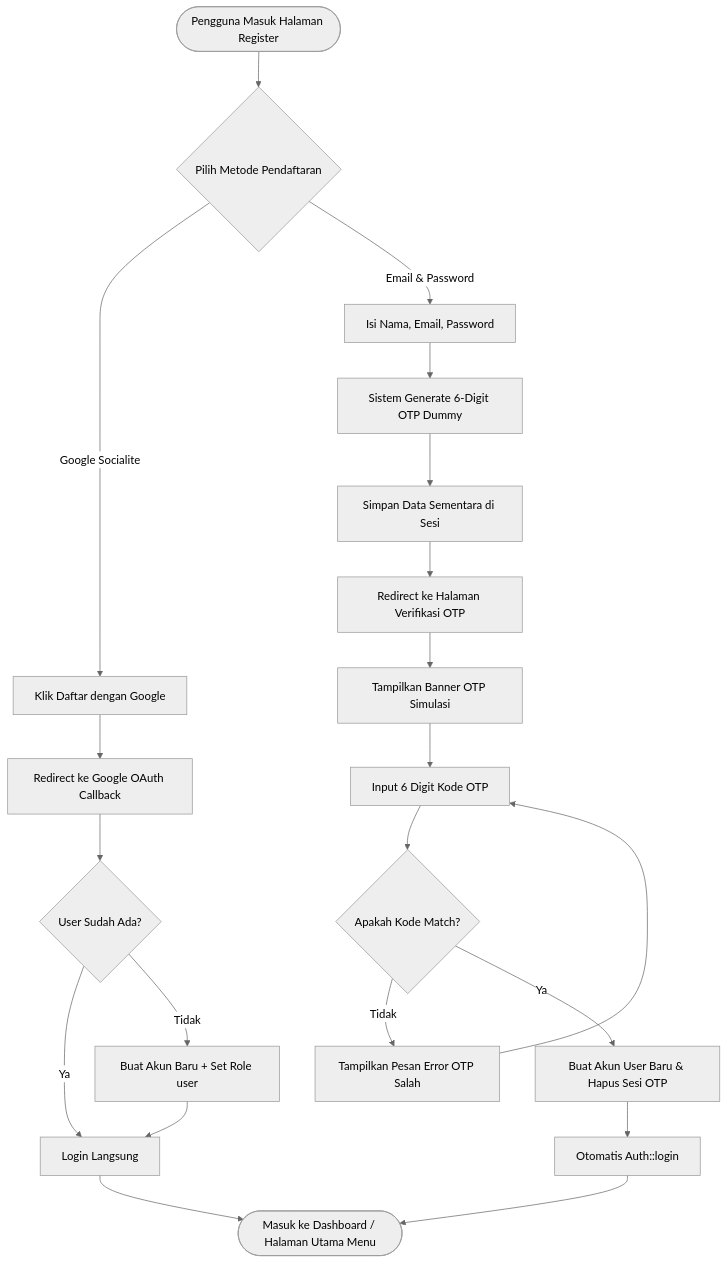
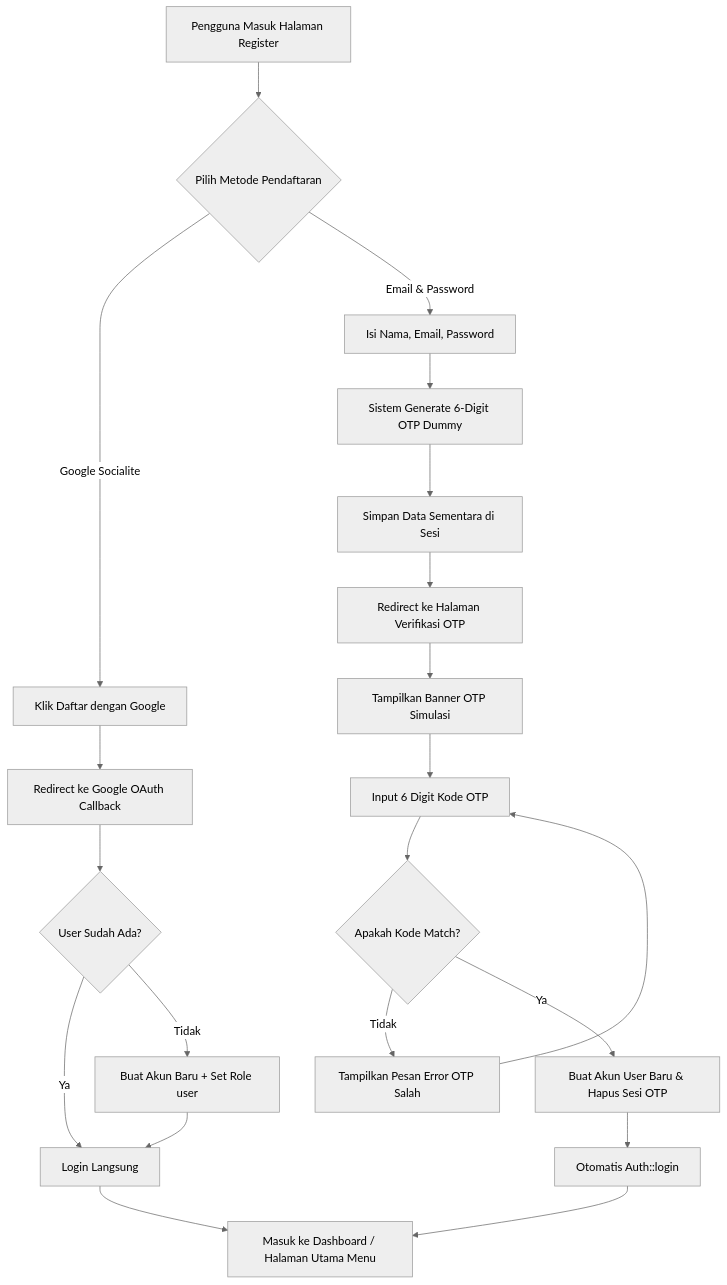
One commit to kampusriset/24f_laravel_sipakar_coffeshop changed the second of 3 diagrams in README.md. Above: the diagram before and after it, drawn with Mermaid (neutral theme). The commit also changed other lines of this file, not shown here.

Commit message:
docs: ubah sintaks diagram Mermaid ke standar graph TD universal

````diff
--- a/README.md
+++ b/README.md
@@ -148,25 +149,25 @@
 ```mermaid
-flowchart TD
-    Start(["Pengguna Masuk Halaman Register"]) --> Choice{"Pilih Metode Pendaftaran"}
-    Choice -- "Google Socialite" --> GAuth["Klik Daftar dengan Google"]
+graph TD
+    Start["Pengguna Masuk Halaman Register"] --> Choice{"Pilih Metode Pendaftaran"}
+    Choice -->|Google Socialite| GAuth["Klik Daftar dengan Google"]
     GAuth --> GCallback["Redirect ke Google OAuth Callback"]
     GCallback --> GCheck{"User Sudah Ada?"}
-    GCheck -- "Ya" --> GLogin["Login Langsung"]
-    GCheck -- "Tidak" --> GCreate["Buat Akun Baru + Set Role user"]
+    GCheck -->|Ya| GLogin["Login Langsung"]
+    GCheck -->|Tidak| GCreate["Buat Akun Baru + Set Role user"]
     GCreate --> GLogin
 
-    Choice -- "Email & Password" --> FormSubmit["Isi Nama, Email, Password"]
+    Choice -->|Email & Password| FormSubmit["Isi Nama, Email, Password"]
     FormSubmit --> GenOTP["Sistem Generate 6-Digit OTP Dummy"]
     GenOTP --> SaveSession["Simpan Data Sementara di Sesi"]
     SaveSession --> OTPPage["Redirect ke Halaman Verifikasi OTP"]
     OTPPage --> Banner["Tampilkan Banner OTP Simulasi"]
     Banner --> InputOTP["Input 6 Digit Kode OTP"]
     InputOTP --> Verify{"Apakah Kode Match?"}
-    Verify -- "Tidak" --> ErrorMsg["Tampilkan Pesan Error OTP Salah"]
+    Verify -->|Tidak| ErrorMsg["Tampilkan Pesan Error OTP Salah"]
     ErrorMsg --> InputOTP
-    Verify -- "Ya" --> CreateAccount["Buat Akun User Baru & Hapus Sesi OTP"]
+    Verify -->|Ya| CreateAccount["Buat Akun User Baru & Hapus Sesi OTP"]
     CreateAccount --> AutoLogin["Otomatis Auth::login"]
     
-    GLogin --> RedirectHome(["Masuk ke Dashboard / Halaman Utama Menu"])
+    GLogin --> RedirectHome["Masuk ke Dashboard / Halaman Utama Menu"]
     AutoLogin --> RedirectHome
 ```
````
